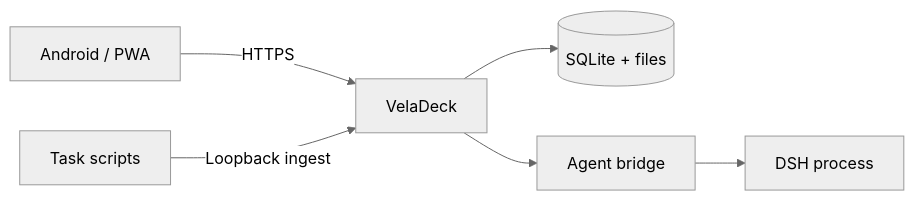
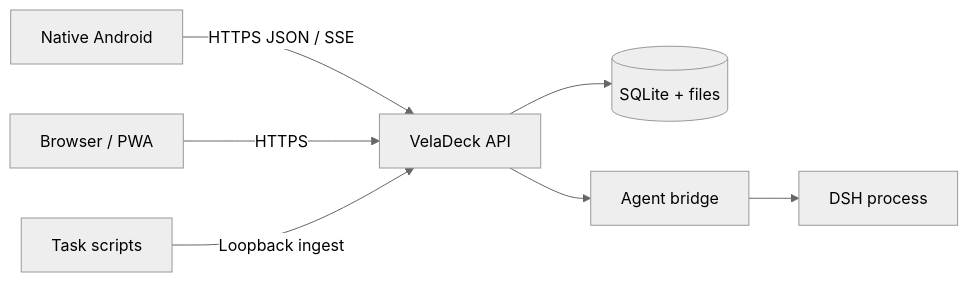
Before and after one commit to zuquanzhi/veladeck: the diagram in README.md, drawn with Mermaid (neutral theme). The commit also changed other lines of this file and 26 other files, not shown here.

Commit message:
docs(android): publish native screenshots and verified client guidance

````diff
--- a/README.md
+++ b/README.md
@@ -108,8 +108,9 @@
 ```mermaid
 flowchart LR
-    Phone["Android / PWA"] -->|HTTPS| Workspace["VelaDeck"]
+    Phone["Native Android"] -->|HTTPS JSON / SSE| Workspace["VelaDeck API"]
+    Web["Browser / PWA"] -->|HTTPS| Workspace
     Workspace --> Store[("SQLite + files")]
     Workspace --> Bridge["Agent bridge"]
     Bridge --> Agent["DSH process"]
     Tasks["Task scripts"] -->|Loopback ingest| Workspace
 ```
````
